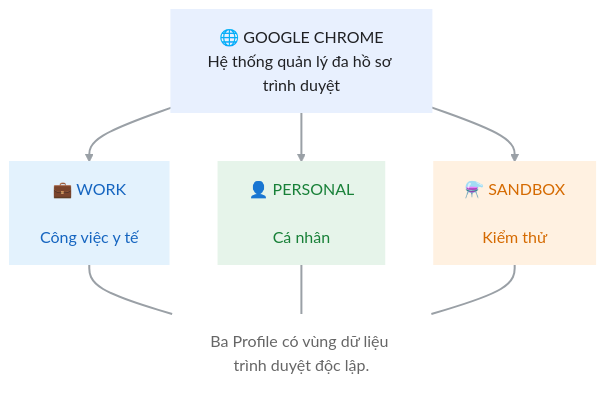
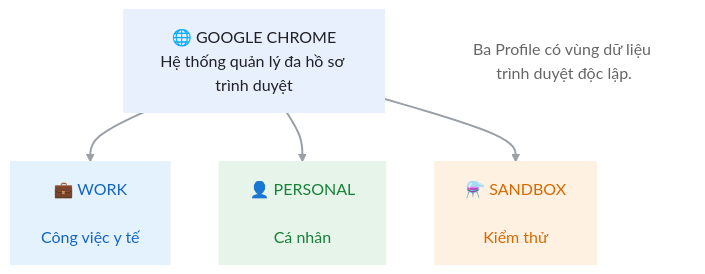
Before and after one commit to Duyanh2k8/HCM-KS26-CNTT1_NMCNTT_Session16_Ex09: the diagram in README.md, drawn with Mermaid.

````diff
--- a/README.md
+++ b/README.md
@@ -24,28 +24,24 @@
 ```mermaid
 flowchart TB
   A["🌐 GOOGLE CHROME<br/>Hệ thống quản lý đa hồ sơ trình duyệt"]
 
   A --> B["💼 WORK<br/><br/>Công việc y tế"]
   A --> C["👤 PERSONAL<br/><br/>Cá nhân"]
   A --> D["⚗️ SANDBOX<br/><br/>Kiểm thử"]
-
-  B ~~~ E
-  C ~~~ E
-  D ~~~ E
 
   E["Ba Profile có vùng dữ liệu trình duyệt độc lập."]
 
   classDef chrome fill:#E8F0FE,stroke:#E8F0FE,color:#202124,stroke-width:2px
   classDef work fill:#E3F2FD,stroke:#E3F2FD,color:#1565C0,stroke-width:2px
   classDef personal fill:#E6F4EA,stroke:#E6F4EA,color:#188038,stroke-width:2px
   classDef sandbox fill:#FFF1E1,stroke:#FFF1E1,color:#D56A00,stroke-width:2px
   classDef note fill:transparent,stroke:transparent,color:#666666,font-size:16px
 
   class A chrome
   class B work
   class C personal
   class D sandbox
   class E note
 
   linkStyle default stroke:#9AA0A6,stroke-width:2px
 ```
````
